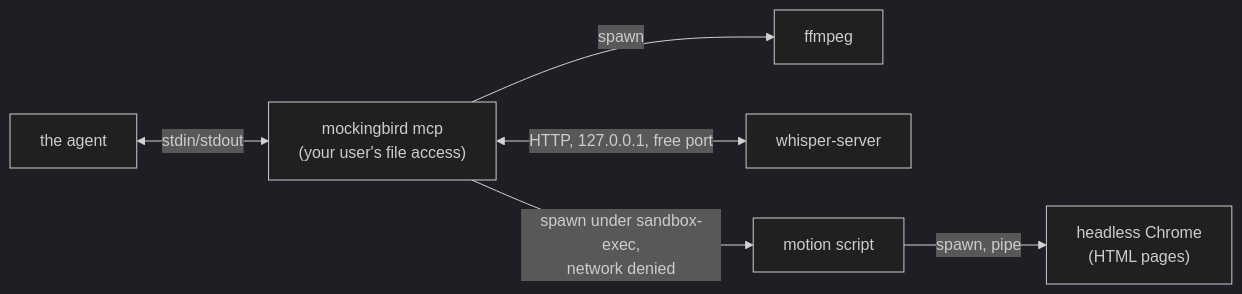
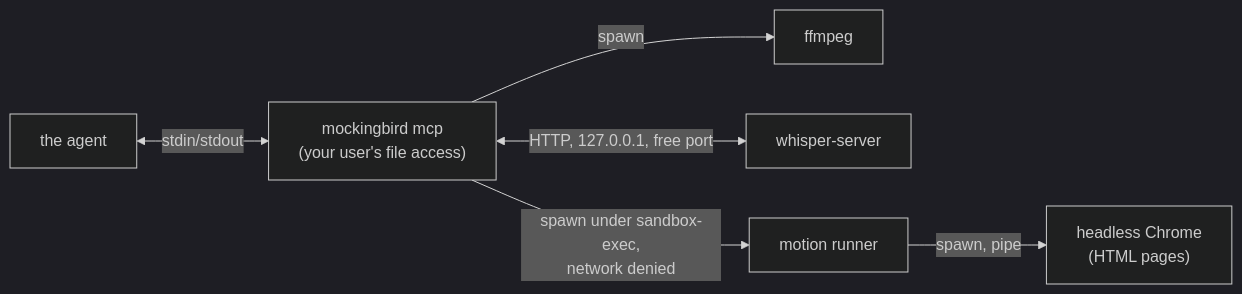
One commit to NirjharBhattacharjee/mockingbird changed the diagram in docs/SECURITY_PRIVACY.md. Above: the diagram before and after it, drawn with Mermaid (dark theme). The commit also changed other lines of this file and 16 other files, not shown here.

````diff
--- a/docs/SECURITY_PRIVACY.md
+++ b/docs/SECURITY_PRIVACY.md
@@ -122,8 +122,8 @@
 ```mermaid
 flowchart LR
     AG["the agent"] <-->|stdin/stdout| MCP["mockingbird mcp\n(your user's file access)"]
     MCP -->|spawn| FF["ffmpeg"]
     MCP <-->|HTTP, 127.0.0.1, free port| WS["whisper-server"]
-    MCP -->|spawn under sandbox-exec,\nnetwork denied| MS["motion script"]
+    MCP -->|spawn under sandbox-exec,\nnetwork denied| MS["motion runner"]
     MS -->|spawn, pipe| CH["headless Chrome\n(HTML pages)"]
 ```
````
